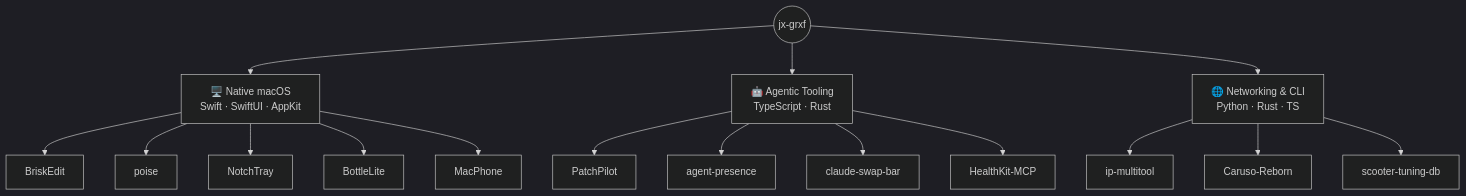
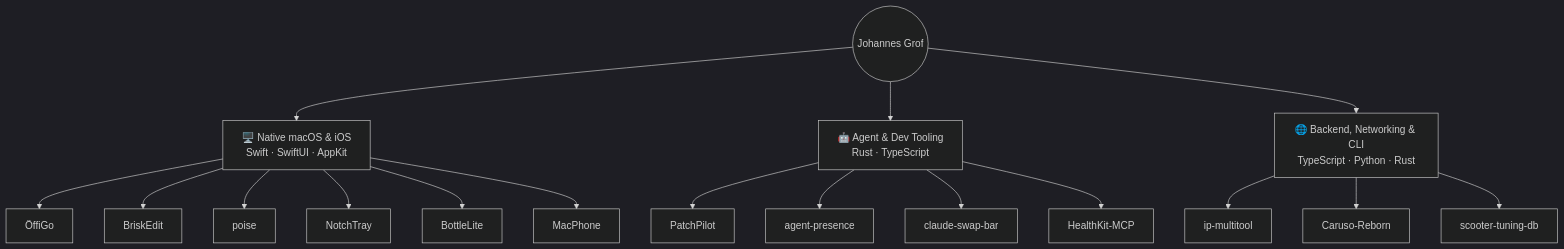
Before and after one commit to jx-grxf/jx-grxf: the diagram in README.md, drawn with Mermaid (dark theme). The commit also changed other lines of this file and 1 other file, not shown here.

First line of the commit message:
docs: rewrite profile README and add demo recording script

````diff
--- a/README.md
+++ b/README.md
@@ -18,23 +39,24 @@
 ```mermaid
 graph TD
-    ME(("jx-grxf"))
+    ME(("Johannes Grof"))
 
-    ME --> MAC["🖥️ Native macOS<br/>Swift · SwiftUI · AppKit"]
-    ME --> AGT["🤖 Agentic Tooling<br/>TypeScript · Rust"]
-    ME --> NET["🌐 Networking &amp; CLI<br/>Python · Rust · TS"]
+    ME --> MAC["🖥️ Native macOS &amp; iOS<br/>Swift · SwiftUI · AppKit"]
+    ME --> AGT["🤖 Agent &amp; Dev Tooling<br/>Rust · TypeScript"]
+    ME --> NET["🌐 Backend, Networking &amp; CLI<br/>TypeScript · Python · Rust"]
 
+    MAC --> OG["ÖffiGo"]
     MAC --> BE["BriskEdit"]
     MAC --> PO["poise"]
     MAC --> NT["NotchTray"]
     MAC --> BL["BottleLite"]
     MAC --> MP["MacPhone"]
 
     AGT --> PP["PatchPilot"]
     AGT --> AP["agent-presence"]
     AGT --> CSB["claude-swap-bar"]
     AGT --> HK["HealthKit-MCP"]
 
     NET --> IP["ip-multitool"]
     NET --> CR["Caruso-Reborn"]
     NET --> STD["scooter-tuning-db"]
 ```
````
